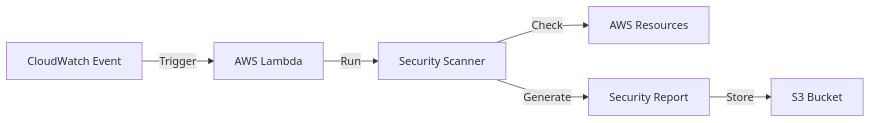
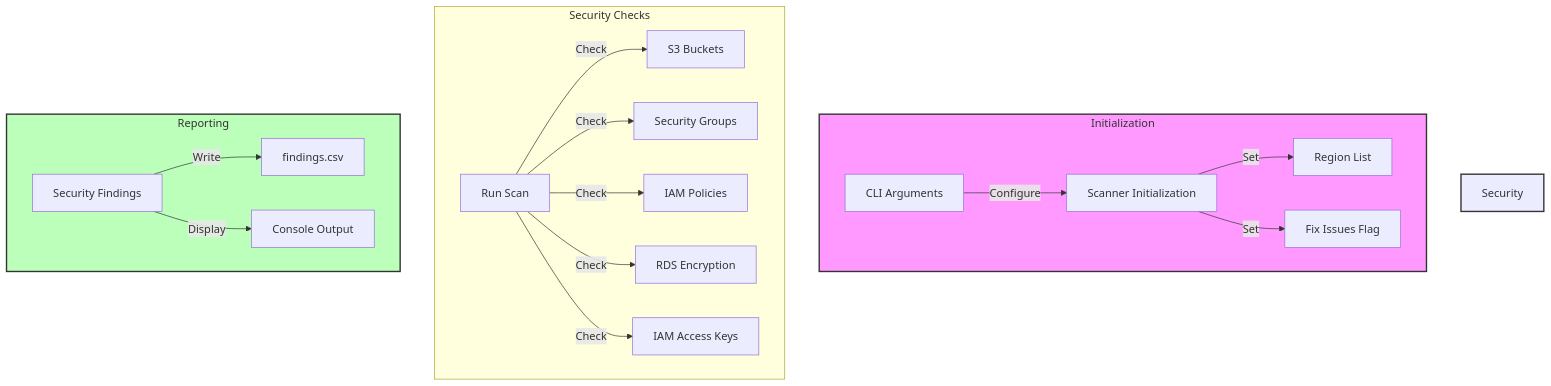
Before and after one commit to moelhaj996/Automated-AWS-Security-Scanner: the second of 2 diagrams in README.md, drawn with Mermaid. The commit also changed other lines of this file, not shown here.

````diff
--- a/README.md
+++ b/README.md
@@ -70,8 +63,25 @@
 ```mermaid
-graph LR
-    Event[CloudWatch Event] -->|Trigger| Lambda[AWS Lambda]
-    Lambda -->|Run| Scanner[Security Scanner]
-    Scanner -->|Check| Resources[AWS Resources]
-    Scanner -->|Generate| Report[Security Report]
-    Report -->|Store| S3[S3 Bucket]
+graph TD
+    subgraph Initialization
+        CLI[CLI Arguments] -->|Configure| Init[Scanner Initialization]
+        Init -->|Set| Regions[Region List]
+        Init -->|Set| Fix[Fix Issues Flag]
+    end
+    
+    subgraph Security Checks
+        Scanner[Run Scan] -->|Check| S3[S3 Buckets]
+        Scanner -->|Check| SG[Security Groups]
+        Scanner -->|Check| IAM[IAM Policies]
+        Scanner -->|Check| RDS[RDS Encryption]
+        Scanner -->|Check| Keys[IAM Access Keys]
+    end
+    
+    subgraph Reporting
+        Findings[Security Findings] -->|Write| CSV[findings.csv]
+        Findings -->|Display| Console[Console Output]
+    end
+
+    style Initialization fill:#f9f,stroke:#333,stroke-width:2px
+    style Security Checks fill:#bbf,stroke:#333,stroke-width:2px
+    style Reporting fill:#bfb,stroke:#333,stroke-width:2px
 ```
````
